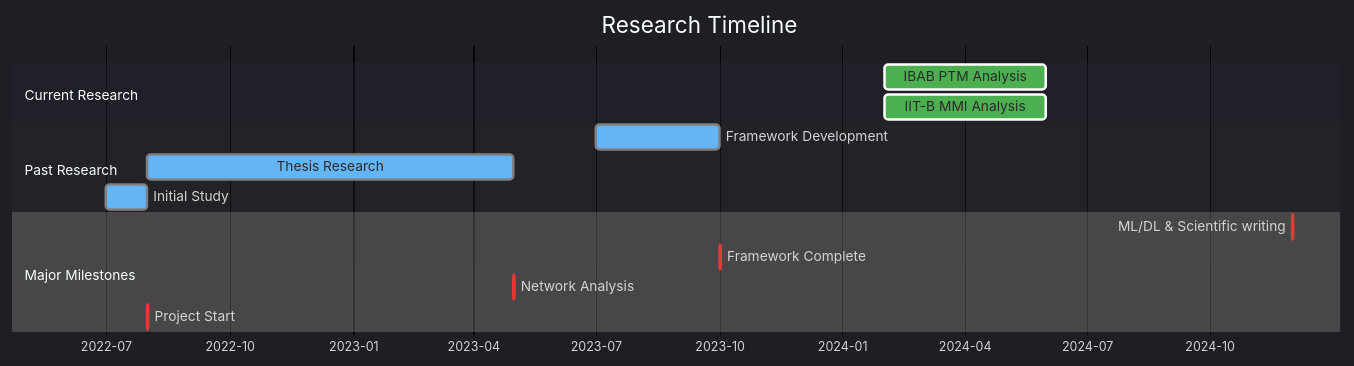
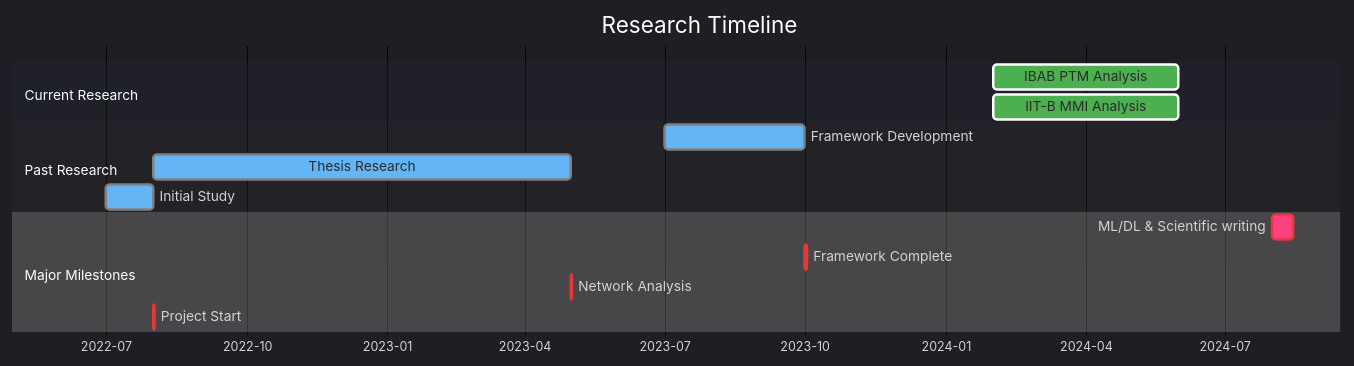
One commit to dhana56/dhana56 changed the third of 3 diagrams in README.md. Above: the diagram before and after it, drawn with Mermaid.

Commit message:
Update timeline for ML/DL & Scientific writing milestone in README.md

````diff
--- a/README.md
+++ b/README.md
@@ -206,34 +206,34 @@
 ```mermaid
 %%{init: {
     'theme': 'dark',
     'themeVariables': {
         'primaryColor': '#FF0000',
         'textColor': '#FFFFFF',
         'sectionBkgColor': '#2A2E37',
         'taskBkgColor': '#41465D',
         'activeTaskBkgColor': '#4CAF50',
         'doneTaskBkgColor': '#64B5F6',
         'critBkgColor': '#FF4081',
         'gridColor': '#444444'
     }
 }}%%
 gantt
     title Research Timeline
     dateFormat YYYY-MM
     axisFormat %Y-%m
     
     section Current Research
     IBAB PTM Analysis    :active, ptm, 2024-02, 2024-06
     IIT-B MMI Analysis   :active, mmi, 2024-02, 2024-06
     
     section Past Research
     Framework Development:done, fw, 2023-07, 2023-10
     Thesis Research      :done, th, 2022-08, 2023-05
     Initial Study        :done, in, 2022-07, 2022-08
     
     section Major Milestones
-    ML/DL & Scientific writing  :crit, m1, 2024-12, 1d
+    ML/DL & Scientific writing  :crit, m1, 2024-8, 14d
     Framework Complete   :crit, m2, 2023-10, 1d
     Network Analysis    :crit, m3, 2023-05, 1d
     Project Start      :crit, m4, 2022-08, 1d
 ```
````
